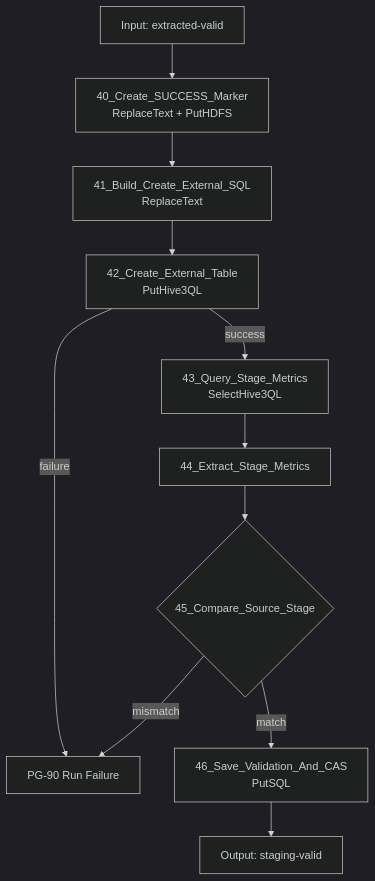
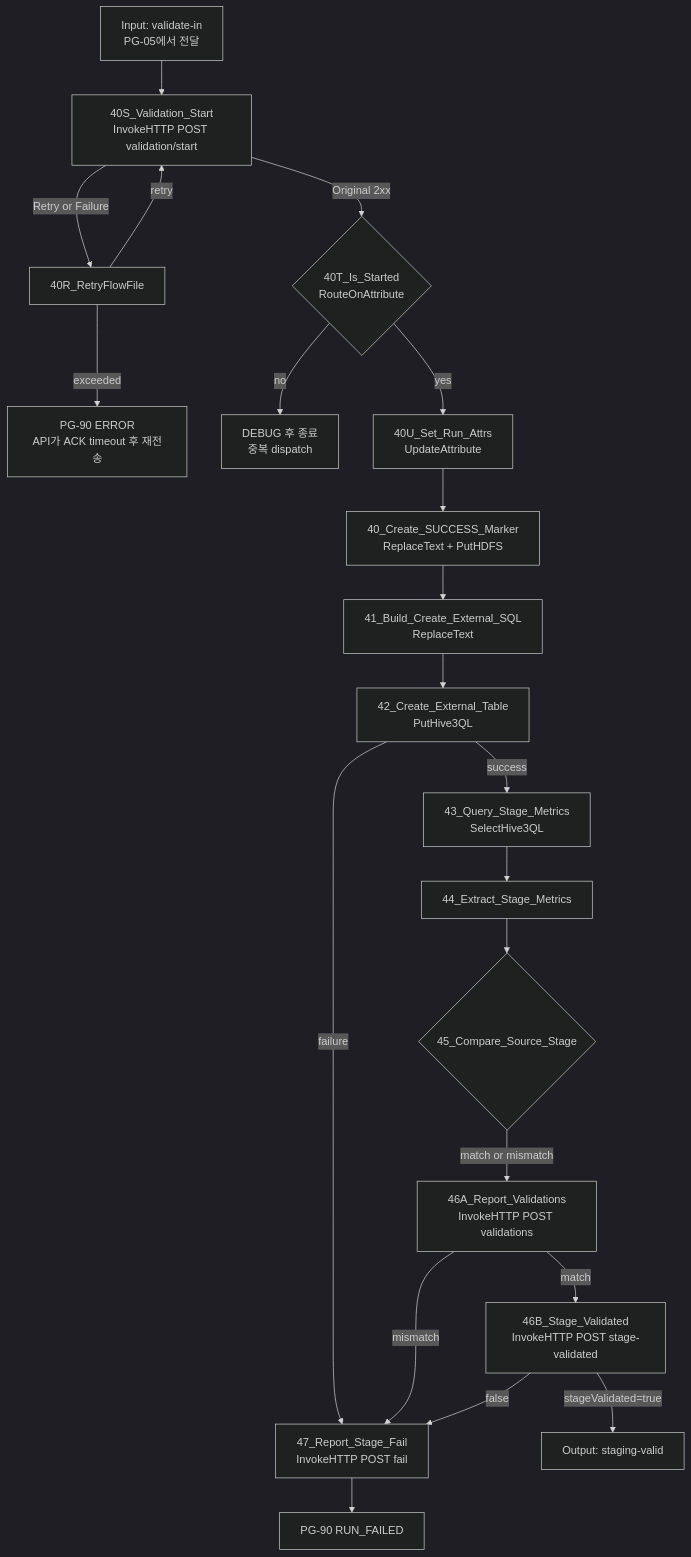
The ninth of 13 diagrams in nifi-sqoop-removal-guide.md (DataDynamics/nifi-sqoop-removal), drawn with Mermaid (dark theme) before and after one commit. The commit also changed other lines of this file and 3 other files, not shown here.

````diff
--- a/nifi-sqoop-removal-guide.md
+++ b/nifi-sqoop-removal-guide.md
@@ -1158,13 +1236,23 @@
 ```mermaid
 flowchart TD
-    I[Input: extracted-valid] --> A[40_Create_SUCCESS_Marker<br/>ReplaceText + PutHDFS]
+    I[Input: validate-in<br/>PG-05에서 전달] --> ST[40S_Validation_Start<br/>InvokeHTTP POST validation/start]
+    ST -->|Original 2xx| T{40T_Is_Started<br/>RouteOnAttribute}
+    ST -->|Retry or Failure| SR[40R_RetryFlowFile]
+    SR -->|retry| ST
+    SR -->|exceeded| F0[PG-90 ERROR<br/>API가 ACK timeout 후 재전송]
+    T -->|no| X[DEBUG 후 종료<br/>중복 dispatch]
+    T -->|yes| U[40U_Set_Run_Attrs<br/>UpdateAttribute]
+    U --> A[40_Create_SUCCESS_Marker<br/>ReplaceText + PutHDFS]
     A --> B[41_Build_Create_External_SQL<br/>ReplaceText]
     B --> C[42_Create_External_Table<br/>PutHive3QL]
     C -->|success| D[43_Query_Stage_Metrics<br/>SelectHive3QL]
-    C -->|failure| F[PG-90 Run Failure]
+    C -->|failure| F[47_Report_Stage_Fail<br/>InvokeHTTP POST fail]
     D --> E[44_Extract_Stage_Metrics]
     E --> R{45_Compare_Source_Stage}
-    R -->|match| S[46_Save_Validation_And_CAS<br/>PutSQL]
-    R -->|mismatch| F
-    S --> O[Output: staging-valid]
+    R -->|match or mismatch| V[46A_Report_Validations<br/>InvokeHTTP POST validations]
+    V -->|mismatch| F
+    V -->|match| S[46B_Stage_Validated<br/>InvokeHTTP POST stage-validated]
+    S -->|stageValidated=true| O[Output: staging-valid]
+    S -->|false| F
+    F --> FE[PG-90 RUN_FAILED]
 ```
````
